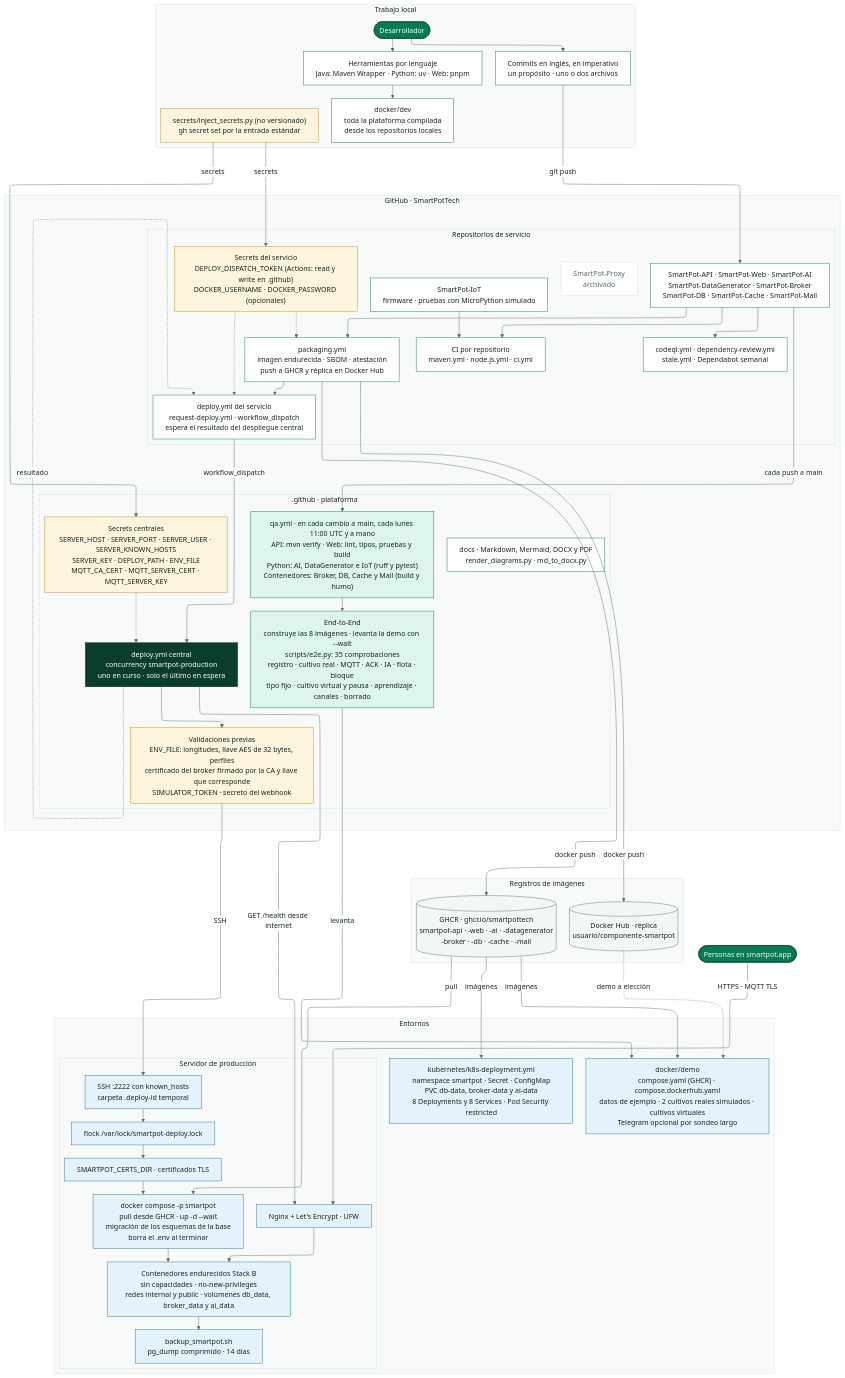
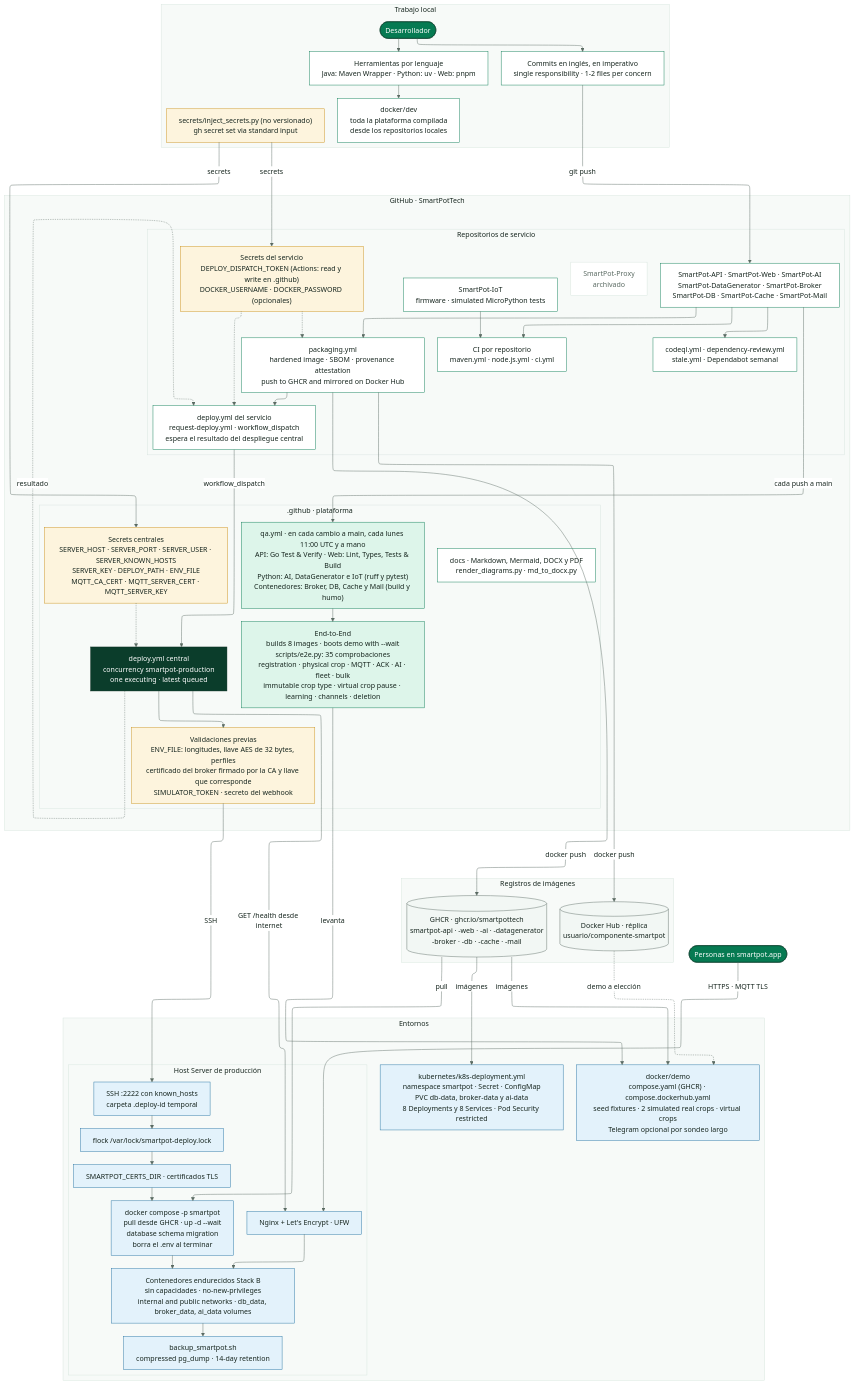
Before and after one commit to SmartPotTech/.github: the diagram in docs/diagrams/SmartPot_Global_03_Delivery.mmd, drawn with Mermaid. The commit also changed 186 other files, not shown here.

Commit message:
docs(specs): synchronize 100% english organization documentation, diagrams, and formal deliverables

```diff
--- a/docs/diagrams/SmartPot_Global_03_Delivery.mmd
+++ b/docs/diagrams/SmartPot_Global_03_Delivery.mmd
@@ -1,106 +1,106 @@
 %%{init: {"theme": "base", "fontFamily": "Segoe UI, Arial, sans-serif", "themeVariables": {"fontFamily": "Segoe UI, Arial, sans-serif", "fontSize": "16px", "primaryColor": "#DDF5EA", "primaryTextColor": "#17261F", "primaryBorderColor": "#067A52", "secondaryColor": "#E3F2FB", "secondaryTextColor": "#17261F", "secondaryBorderColor": "#1F6FA0", "tertiaryColor": "#F2F7F4", "tertiaryTextColor": "#17261F", "tertiaryBorderColor": "#D5E3DC", "lineColor": "#5B6B63", "textColor": "#17261F", "mainBkg": "#DDF5EA", "nodeBorder": "#067A52", "clusterBkg": "#F7FAF8", "clusterBorder": "#D5E3DC", "edgeLabelBackground": "#FFFFFF", "actorBkg": "#067A52", "actorBorder": "#0B3D2B", "actorTextColor": "#FFFFFF", "actorLineColor": "#5B6B63", "signalColor": "#17261F", "signalTextColor": "#17261F", "labelBoxBkgColor": "#0B3D2B", "labelBoxBorderColor": "#0B3D2B", "labelTextColor": "#FFFFFF", "loopTextColor": "#0B3D2B", "noteBkgColor": "#FDF4DD", "noteBorderColor": "#C98D12", "noteTextColor": "#17261F", "activationBkgColor": "#DDF5EA", "activationBorderColor": "#067A52", "attributeBackgroundColorOdd": "#FFFFFF", "attributeBackgroundColorEven": "#F2F7F4"}, "layout": "elk", "elk": {"nodePlacementStrategy": "BRANDES_KOEPF", "mergeEdges": false, "cycleBreakingStrategy": "GREEDY"}, "flowchart": {"useMaxWidth": false, "htmlLabels": true, "curve": "basis", "padding": 14, "nodeSpacing": 45, "rankSpacing": 80, "wrappingWidth": 360}}}%%
 flowchart TB
   subgraph local["Trabajo local"]
     direction TB
     dev(["Desarrollador"])
     tooling["Herramientas por lenguaje<br/>Java: Maven Wrapper · Python: uv · Web: pnpm"]
     devenv["docker/dev<br/>toda la plataforma compilada<br/>desde los repositorios locales"]
-    commitrule["Commits en inglés, en imperativo<br/>un propósito · uno o dos archivos"]
-    inject["secrets/inject_secrets.py (no versionado)<br/>gh secret set por la entrada estándar"]
+    commitrule["Commits en inglés, en imperativo<br/>single responsibility · 1-2 files per concern"]
+    inject["secrets/inject_secrets.py (no versionado)<br/>gh secret set via standard input"]
     dev --> tooling --> devenv
     dev --> commitrule
   end
 
   subgraph org["GitHub · SmartPotTech"]
     direction TB
     subgraph services["Repositorios de servicio"]
       direction TB
       repos["SmartPot-API · SmartPot-Web · SmartPot-AI<br/>SmartPot-DataGenerator · SmartPot-Broker<br/>SmartPot-DB · SmartPot-Cache · SmartPot-Mail"]
-      iot["SmartPot-IoT<br/>firmware · pruebas con MicroPython simulado"]
+      iot["SmartPot-IoT<br/>firmware · simulated MicroPython tests"]
       proxy["SmartPot-Proxy<br/>archivado"]
       ci["CI por repositorio<br/>maven.yml · node.js.yml · ci.yml"]
       codeql["codeql.yml · dependency-review.yml<br/>stale.yml · Dependabot semanal"]
-      packaging["packaging.yml<br/>imagen endurecida · SBOM · atestación<br/>push a GHCR y réplica en Docker Hub"]
+      packaging["packaging.yml<br/>hardened image · SBOM · provenance attestation<br/>push to GHCR and mirrored on Docker Hub"]
       request["deploy.yml del servicio<br/>request-deploy.yml · workflow_dispatch<br/>espera el resultado del despliegue central"]
       svcsecrets["Secrets del servicio<br/>DEPLOY_DISPATCH_TOKEN (Actions: read y write en .github)<br/>DOCKER_USERNAME · DOCKER_PASSWORD (opcionales)"]
       repos --> ci
       repos --> codeql
       repos --> packaging --> request
       svcsecrets -.-> packaging & request
       iot --> ci
     end
 
     subgraph central[".github · plataforma"]
       direction TB
-      qa["qa.yml · en cada cambio a main, cada lunes 11:00 UTC y a mano<br/>API: mvn verify · Web: lint, tipos, pruebas y build<br/>Python: AI, DataGenerator e IoT (ruff y pytest)<br/>Contenedores: Broker, DB, Cache y Mail (build y humo)"]
-      e2e["End-to-End<br/>construye las 8 imágenes · levanta la demo con --wait<br/>scripts/e2e.py: 35 comprobaciones<br/>registro · cultivo real · MQTT · ACK · IA · flota · bloque<br/>tipo fijo · cultivo virtual y pausa · aprendizaje · canales · borrado"]
-      deploy["deploy.yml central<br/>concurrency smartpot-production<br/>uno en curso · solo el último en espera"]
+      qa["qa.yml · en cada cambio a main, cada lunes 11:00 UTC y a mano<br/>API: Go Test & Verify · Web: Lint, Types, Tests & Build<br/>Python: AI, DataGenerator e IoT (ruff y pytest)<br/>Contenedores: Broker, DB, Cache y Mail (build y humo)"]
+      e2e["End-to-End<br/>builds 8 images · boots demo with --wait<br/>scripts/e2e.py: 35 comprobaciones<br/>registration · physical crop · MQTT · ACK · AI · fleet · bulk<br/>immutable crop type · virtual crop pause · learning · channels · deletion"]
+      deploy["deploy.yml central<br/>concurrency smartpot-production<br/>one executing · latest queued"]
       validate["Validaciones previas<br/>ENV_FILE: longitudes, llave AES de 32 bytes, perfiles<br/>certificado del broker firmado por la CA y llave que corresponde<br/>SIMULATOR_TOKEN · secreto del webhook"]
       censecrets["Secrets centrales<br/>SERVER_HOST · SERVER_PORT · SERVER_USER · SERVER_KNOWN_HOSTS<br/>SERVER_KEY · DEPLOY_PATH · ENV_FILE<br/>MQTT_CA_CERT · MQTT_SERVER_CERT · MQTT_SERVER_KEY"]
       docs["docs · Markdown, Mermaid, DOCX y PDF<br/>render_diagrams.py · md_to_docx.py"]
       qa --> e2e
       censecrets -.-> deploy
       deploy --> validate
     end
   end
 
   subgraph registries["Registros de imágenes"]
     direction TB
     ghcr[("GHCR · ghcr.io/smartpottech<br/>smartpot-api · -web · -ai · -datagenerator<br/>-broker · -db · -cache · -mail")]
     hub[("Docker Hub · réplica<br/>usuario/componente-smartpot")]
   end
 
   subgraph environments["Entornos"]
     direction TB
-    demo["docker/demo<br/>compose.yaml (GHCR) · compose.dockerhub.yaml<br/>datos de ejemplo · 2 cultivos reales simulados · cultivos virtuales<br/>Telegram opcional por sondeo largo"]
+    demo["docker/demo<br/>compose.yaml (GHCR) · compose.dockerhub.yaml<br/>seed fixtures · 2 simulated real crops · virtual crops<br/>Telegram opcional por sondeo largo"]
     k8s["kubernetes/k8s-deployment.yml<br/>namespace smartpot · Secret · ConfigMap<br/>PVC db-data, broker-data y ai-data<br/>8 Deployments y 8 Services · Pod Security restricted"]
-    subgraph server["Servidor de producción"]
+    subgraph server["Host Server de producción"]
       direction TB
       ssh["SSH :2222 con known_hosts<br/>carpeta .deploy-id temporal"]
       lock["flock /var/lock/smartpot-deploy.lock"]
       certs["SMARTPOT_CERTS_DIR · certificados TLS"]
-      compose["docker compose -p smartpot<br/>pull desde GHCR · up -d --wait<br/>migración de los esquemas de la base<br/>borra el .env al terminar"]
-      runtime["Contenedores endurecidos Stack B<br/>sin capacidades · no-new-privileges<br/>redes internal y public · volúmenes db_data, broker_data y ai_data"]
+      compose["docker compose -p smartpot<br/>pull desde GHCR · up -d --wait<br/>database schema migration<br/>borra el .env al terminar"]
+      runtime["Contenedores endurecidos Stack B<br/>sin capacidades · no-new-privileges<br/>internal and public networks · db_data, broker_data, ai_data volumes"]
       nginx["Nginx + Let's Encrypt · UFW"]
-      backup["backup_smartpot.sh<br/>pg_dump comprimido · 14 días"]
+      backup["backup_smartpot.sh<br/>compressed pg_dump · 14-day retention"]
       ssh --> lock --> certs --> compose --> runtime
       nginx --> runtime
       runtime --> backup
     end
   end
 
   users(["Personas en smartpot.app"])
 
   commitrule -->|"git push"| repos
   inject -->|"secrets"| svcsecrets & censecrets
   repos -->|"cada push a main"| qa
   packaging -->|"docker push"| ghcr & hub
   request -->|"workflow_dispatch"| deploy
   deploy -.->|"resultado"| request
   validate -->|"SSH"| ssh
   ghcr -->|"pull"| compose
   ghcr -->|"imágenes"| demo & k8s
   hub -.->|"demo a elección"| demo
   e2e -->|"levanta"| demo
   deploy -->|"GET /health desde internet"| nginx
   users -->|"HTTPS · MQTT TLS"| nginx
 
   classDef person fill:#067A52,stroke:#0B3D2B,color:#FFFFFF
   classDef device fill:#FBE9E1,stroke:#B85A38,color:#17261F
   classDef edge fill:#E3F2FB,stroke:#1F6FA0,color:#17261F
   classDef web fill:#DDF5EA,stroke:#067A52,color:#17261F
   classDef core fill:#0B3D2B,stroke:#06281C,color:#FFFFFF
   classDef module fill:#FFFFFF,stroke:#067A52,color:#17261F
   classDef ai fill:#EEF7FC,stroke:#1F6FA0,color:#17261F
   classDef store fill:#F2F7F4,stroke:#5B6B63,color:#17261F
   classDef ext fill:#FDF4DD,stroke:#C98D12,color:#17261F
   classDef warn fill:#FBE3E3,stroke:#D64545,color:#17261F
   classDef note fill:#FFFFFF,stroke:#D5E3DC,color:#5B6B63
   class dev,users person
   class tooling,devenv,commitrule,repos,iot,ci,codeql,packaging,request,docs module
   class proxy note
   class inject,svcsecrets,censecrets,validate ext
   class qa,e2e web
   class deploy core
   class ghcr,hub store
   class demo,k8s,ssh,lock,certs,compose,runtime,nginx,backup edge
```
